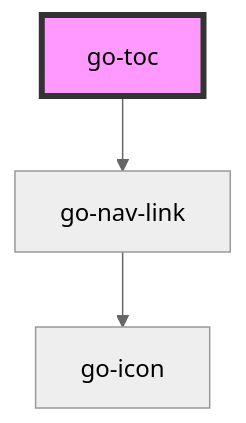
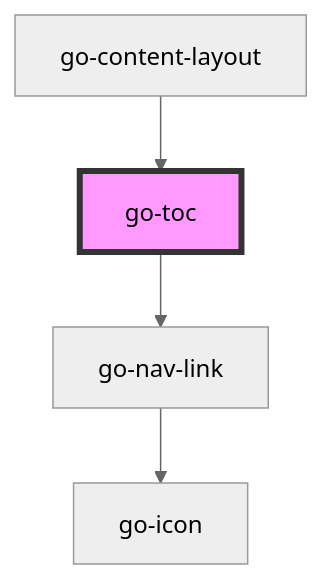
The diagram in packages/core/src/components/go-toc/readme.md (getgoui/go-ui), drawn with Mermaid (neutral theme) before and after one commit. The commit also changed other lines of this file and 8 other files, not shown here.

````diff
--- a/packages/core/src/components/go-toc/readme.md
+++ b/packages/core/src/components/go-toc/readme.md
@@ -22,6 +41,7 @@
 ```mermaid
 graph TD;
   go-toc --> go-nav-link
   go-nav-link --> go-icon
+  go-content-layout --> go-toc
   style go-toc fill:#f9f,stroke:#333,stroke-width:4px
 ```
````
